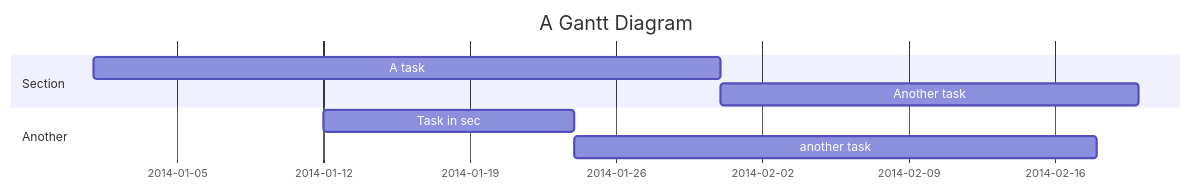
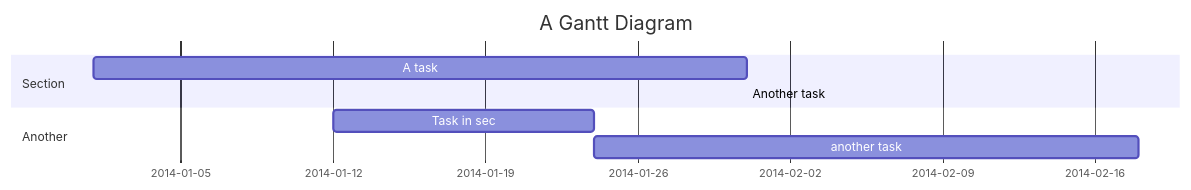
Before and after one commit to clmlaodeng/iodraw-files: the diagram in all/未命名.md, drawn with Mermaid.

Commit message:
2025-06-13 19:50:45 update

````diff
--- a/all/未命名.md
+++ b/all/未命名.md
@@ -1,12 +1,12 @@
 ```mermaid
 gantt
     title A Gantt Diagram
     dateFormat  YYYY-MM-DD
     section Section
     A task           :a1, 2014-01-01, 30d
-    Another task     :after a1  , 20d
+    Another task     :after a1  , 00d
     section Another
     Task in sec      :2014-01-12  , 12d
     another task      : 25d
             
 ```
````
